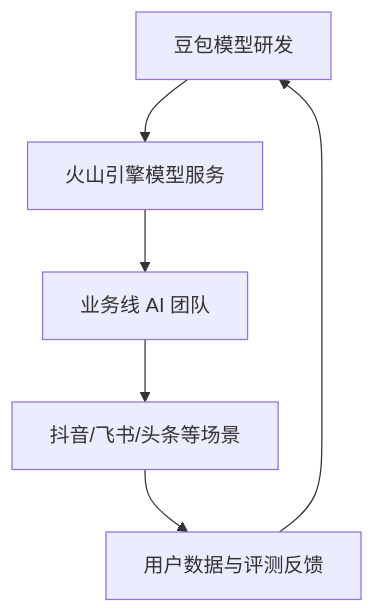
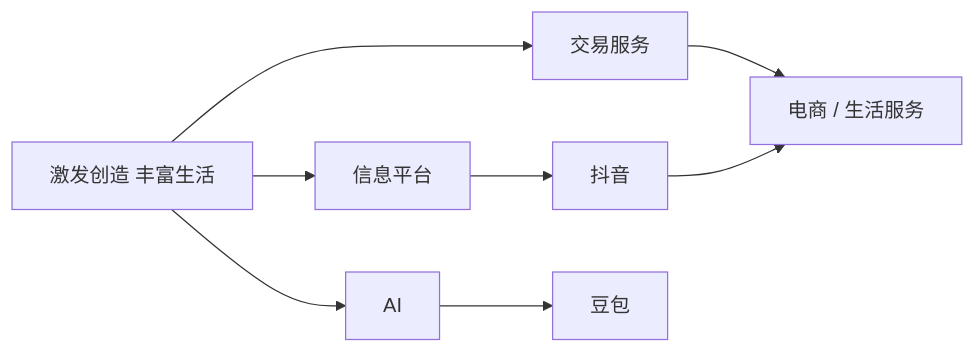
One commit to AI-PM-Wiki/AIPM changed the first of 4 diagrams in docs/job/companies/bytedance.md. Above: the diagram before and after it, drawn with Mermaid. The commit also changed other lines of this file and 15 other files, not shown here.

````diff
--- a/docs/job/companies/bytedance.md
+++ b/docs/job/companies/bytedance.md
@@ -22,8 +25,11 @@
 ```mermaid
-flowchart TD
-    A[豆包模型研发] --> B[火山引擎模型服务]
-    B --> C[业务线 AI 团队]
-    C --> D[抖音/飞书/头条等场景]
-    D --> E[用户数据与评测反馈]
-    E --> A
+flowchart LR
+    M[激发创造 丰富生活]
+    M --> AI[AI]
+    M --> Info[信息平台]
+    M --> Trade[交易服务]
+    Info --> DY[抖音]
+    Trade --> TX[电商 / 生活服务]
+    AI --> DB[豆包]
+    DY --> TX
 ```
````
